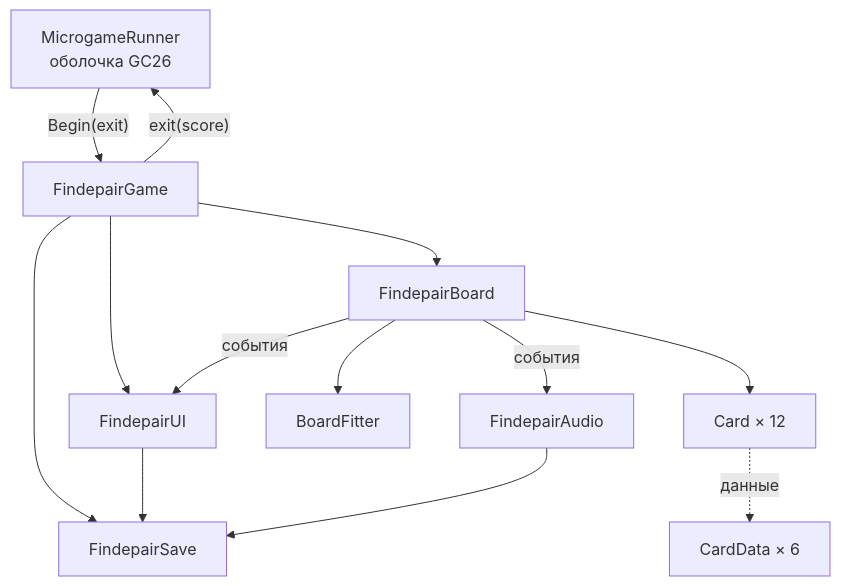
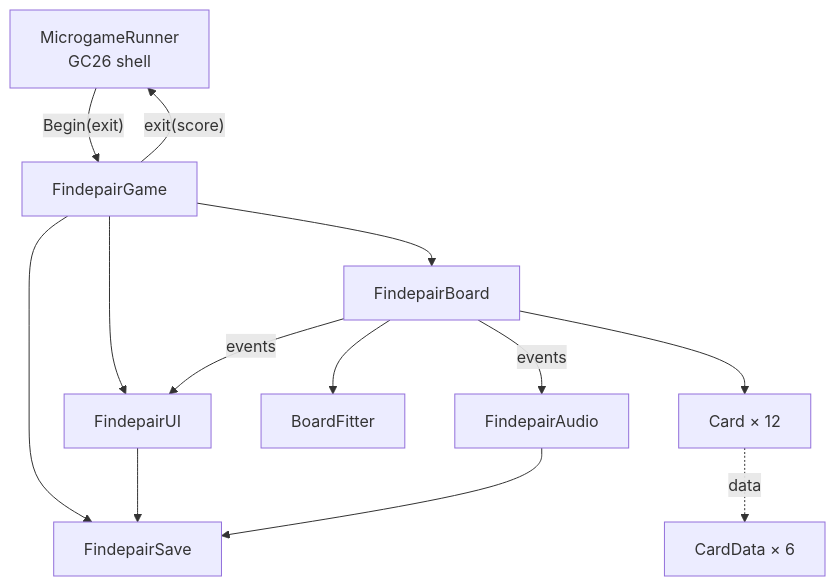
Before and after one commit to Zaidejas/GC26: the first of 2 diagrams in docs/TDD_findepair.md, drawn with Mermaid. The commit also changed other lines of this file and 13 other files, not shown here.

````diff
--- a/docs/TDD_findepair.md
+++ b/docs/TDD_findepair.md
@@ -83,15 +83,15 @@
 ```mermaid
 flowchart TD
-    Shell[MicrogameRunner<br/>оболочка GC26] -- Begin(exit) --> Game[FindepairGame]
+    Shell[MicrogameRunner<br/>GC26 shell] -- Begin(exit) --> Game[FindepairGame]
     Game -- exit(score) --> Shell
     Game --> UI[FindepairUI]
     Game --> Board[FindepairBoard]
     Board --> Card[Card × 12]
-    Card -. данные .-> Data[CardData × 6]
+    Card -. data .-> Data[CardData × 6]
     Board --> Fitter[BoardFitter]
-    Board -- события --> UI
-    Board -- события --> Audio[FindepairAudio]
+    Board -- events --> UI
+    Board -- events --> Audio[FindepairAudio]
     Game --> Save[FindepairSave]
     UI --> Save
     Audio --> Save
 ```
````
